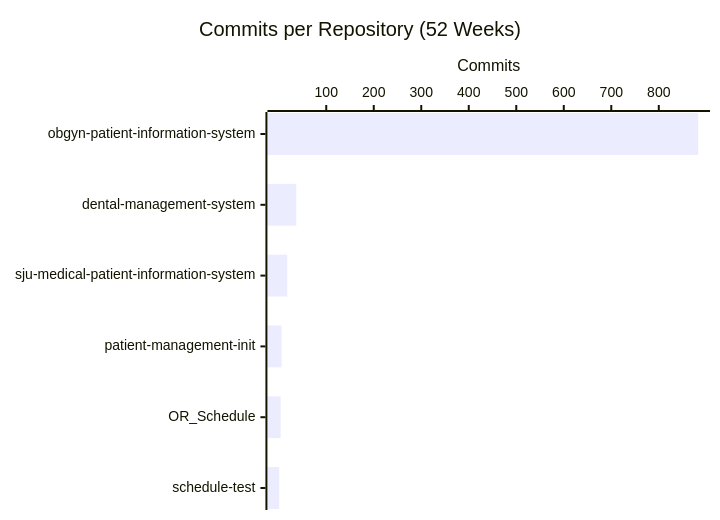
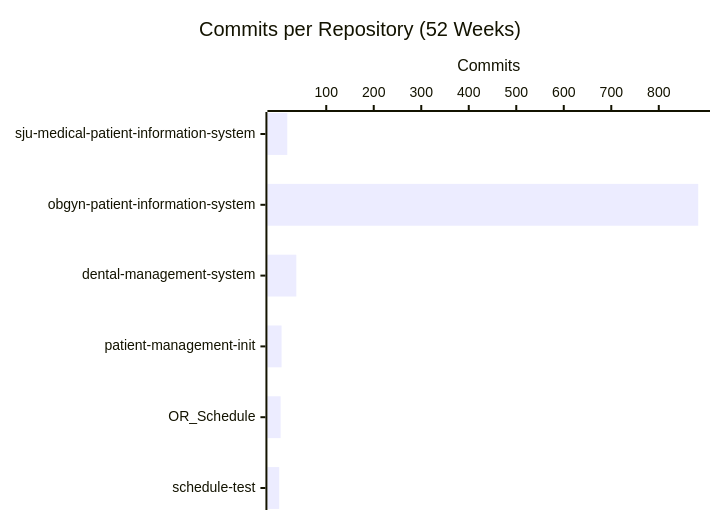
Before and after one commit to CSTH-Projects/.github: the second of 4 diagrams in profile/README.md, drawn with Mermaid. The commit also changed other lines of this file, not shown here.

````diff
--- a/profile/README.md
+++ b/profile/README.md
@@ -24,7 +24,7 @@
 ```mermaid
 xychart-beta horizontal
     title "Commits per Repository (52 Weeks)"
-    x-axis ["obgyn-patient-information-system", "dental-management-system", "sju-medical-patient-information-system", "patient-management-init", "OR_Schedule", "schedule-test"]
+    x-axis ["sju-medical-patient-information-system", "obgyn-patient-information-system", "dental-management-system", "patient-management-init", "OR_Schedule", "schedule-test"]
     y-axis "Commits"
-    bar [883, 37, 18, 6, 4, 1]
+    bar [18, 883, 37, 6, 4, 1]
 ```
````
